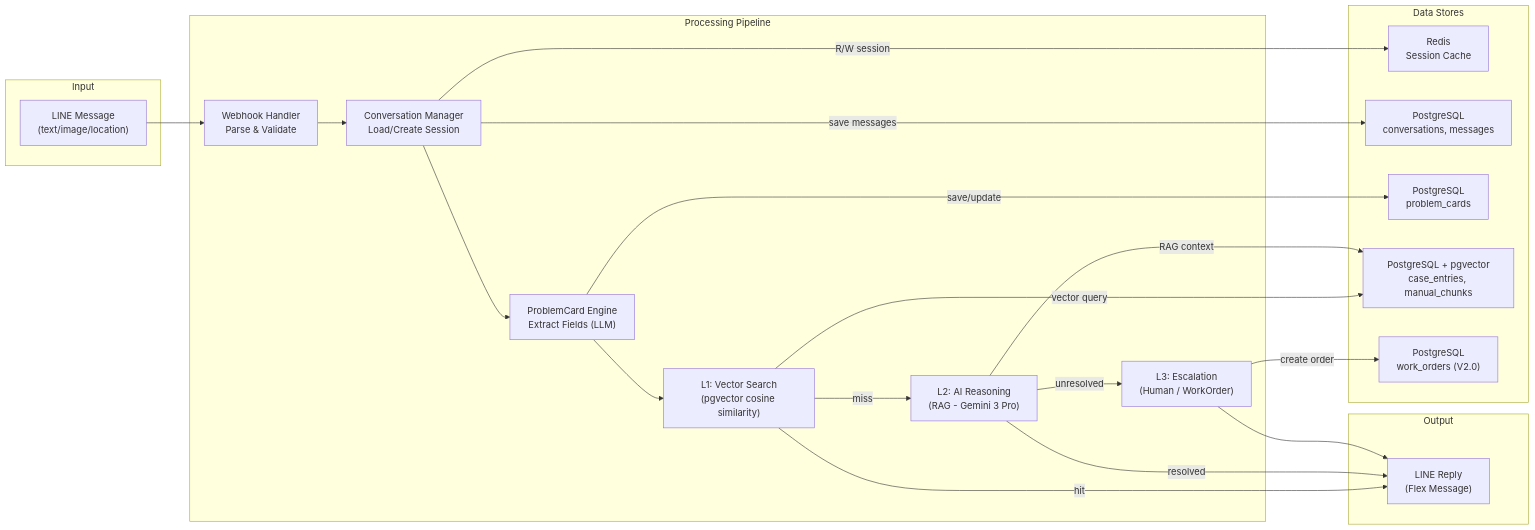
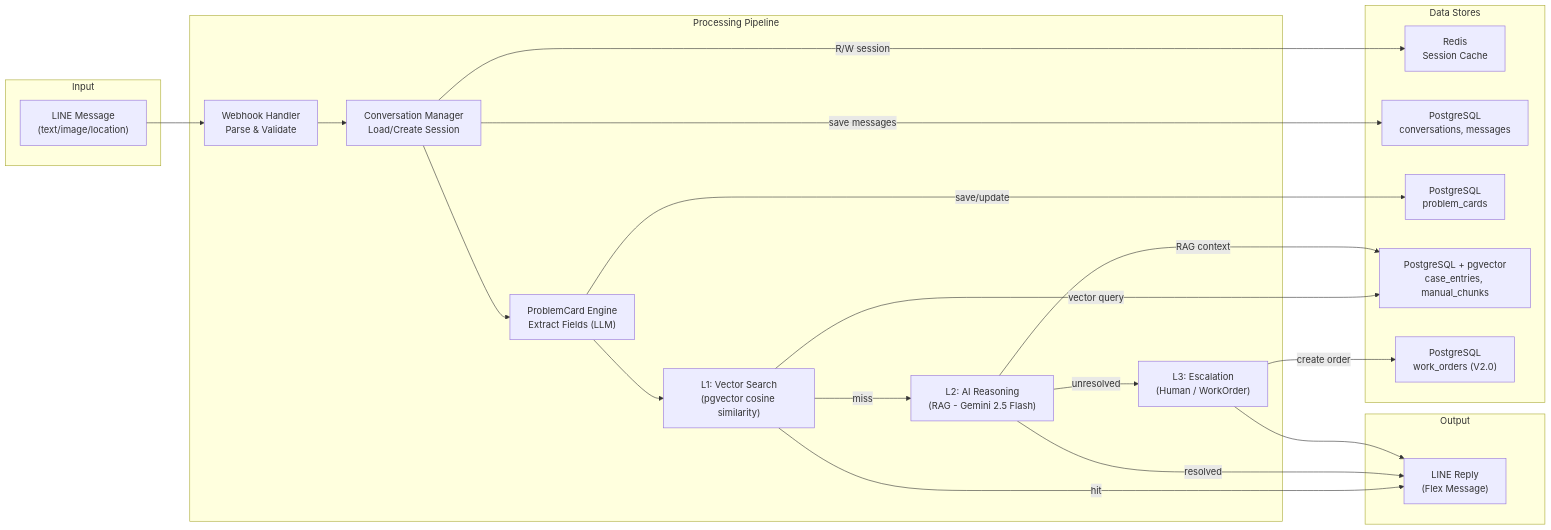
One commit to sunnyDataScience/Smart-Lock_AI_Support_Service_Dispatch_SaaS_Platform changed the eighth of 11 diagrams in docs/project-docs/05_architecture_and_design_document.md. Above: the diagram before and after it, drawn with Mermaid. The commit also changed other lines of this file and 22 other files, not shown here.

````diff
--- a/docs/project-docs/05_architecture_and_design_document.md
+++ b/docs/project-docs/05_architecture_and_design_document.md
@@ -995,43 +1084,43 @@
 ```mermaid
 graph LR
     subgraph "Input"
         LM["LINE Message<br/>(text/image/location)"]
     end
 
     subgraph "Processing Pipeline"
         WH["Webhook Handler<br/>Parse & Validate"]
         CM["Conversation Manager<br/>Load/Create Session"]
         PCE["ProblemCard Engine<br/>Extract Fields (LLM)"]
         L1["L1: Vector Search<br/>(pgvector cosine similarity)"]
-        L2["L2: AI Reasoning<br/>(RAG - Gemini 3 Pro)"]
+        L2["L2: AI Reasoning<br/>(RAG - Gemini 2.5 Flash)"]
         L3["L3: Escalation<br/>(Human / WorkOrder)"]
     end
 
     subgraph "Data Stores"
         REDIS["Redis<br/>Session Cache"]
         PG_CONV["PostgreSQL<br/>conversations, messages"]
         PG_PC["PostgreSQL<br/>problem_cards"]
         PG_KB["PostgreSQL + pgvector<br/>case_entries, manual_chunks"]
         PG_WO["PostgreSQL<br/>work_orders (V2.0)"]
     end
 
     subgraph "Output"
         REPLY["LINE Reply<br/>(Flex Message)"]
     end
 
     LM --> WH
     WH --> CM
     CM -->|"R/W session"| REDIS
     CM -->|"save messages"| PG_CONV
     CM --> PCE
     PCE -->|"save/update"| PG_PC
     PCE --> L1
     L1 -->|"vector query"| PG_KB
     L1 -->|"hit"| REPLY
     L1 -->|"miss"| L2
     L2 -->|"RAG context"| PG_KB
     L2 -->|"resolved"| REPLY
     L2 -->|"unresolved"| L3
     L3 -->|"create order"| PG_WO
     L3 --> REPLY
 ```
````
